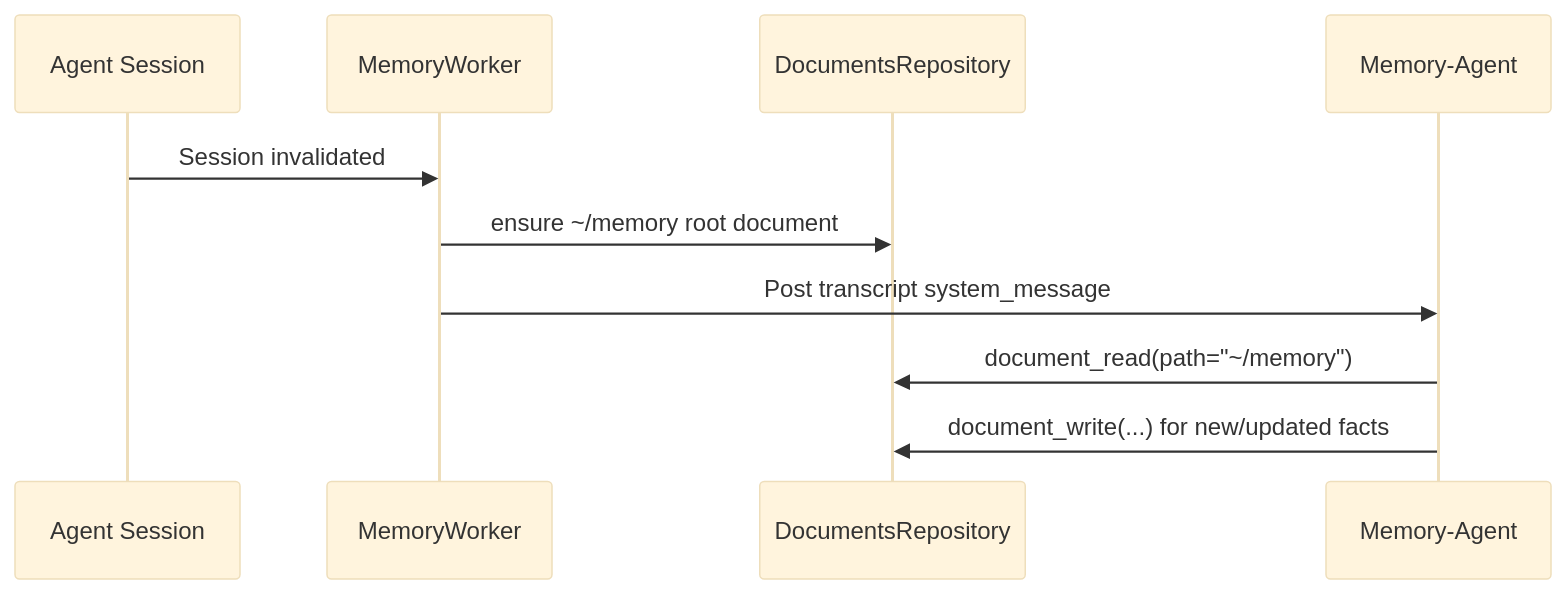
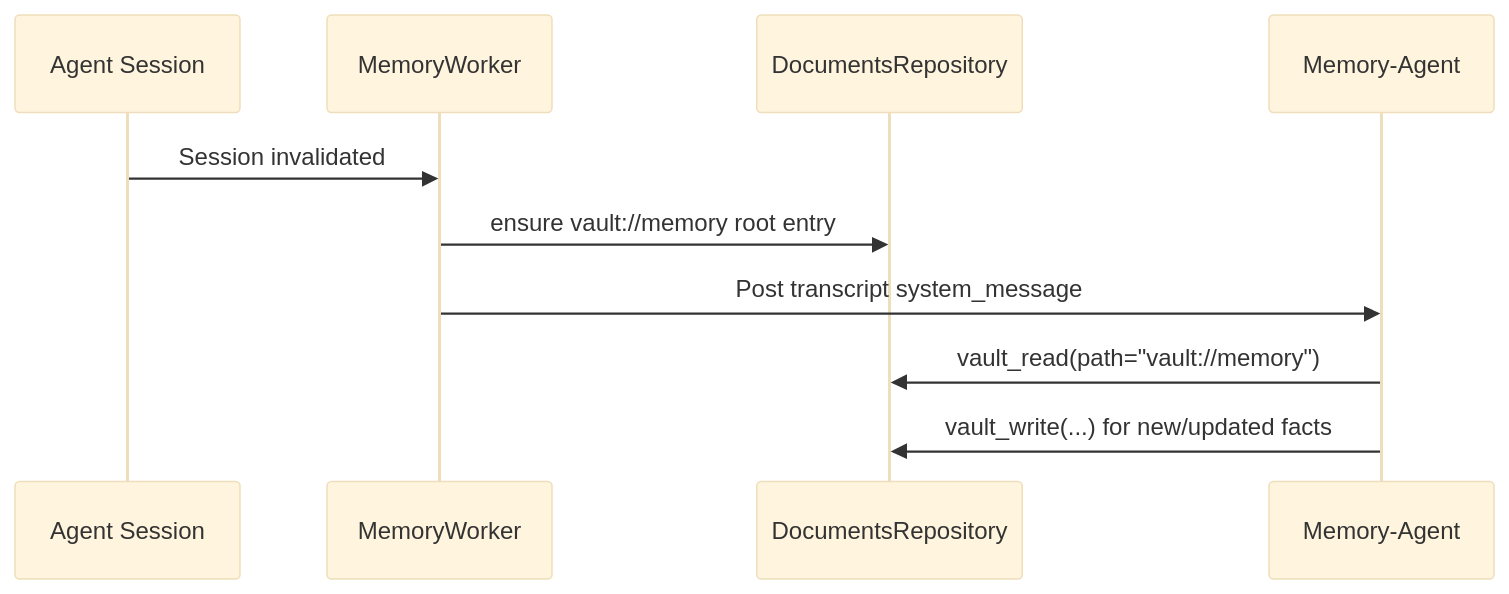
The first of 2 diagrams in doc/internals/memory-documents-migration.md (ex3ndr/daycare), drawn with Mermaid (base theme) before and after one commit. The commit also changed other lines of this file and 112 other files, not shown here.

````diff
--- a/doc/internals/memory-documents-migration.md
+++ b/doc/internals/memory-documents-migration.md
@@ -7,13 +7,13 @@
 ```mermaid
 sequenceDiagram
     participant A as Agent Session
     participant MW as MemoryWorker
     participant DR as DocumentsRepository
     participant MA as Memory-Agent
 
     A->>MW: Session invalidated
-    MW->>DR: ensure ~/memory root document
+    MW->>DR: ensure vault://memory root entry
     MW->>MA: Post transcript system_message
-    MA->>DR: document_read(path="~/memory")
-    MA->>DR: document_write(...) for new/updated facts
+    MA->>DR: vault_read(path="vault://memory")
+    MA->>DR: vault_write(...) for new/updated facts
 ```
````
